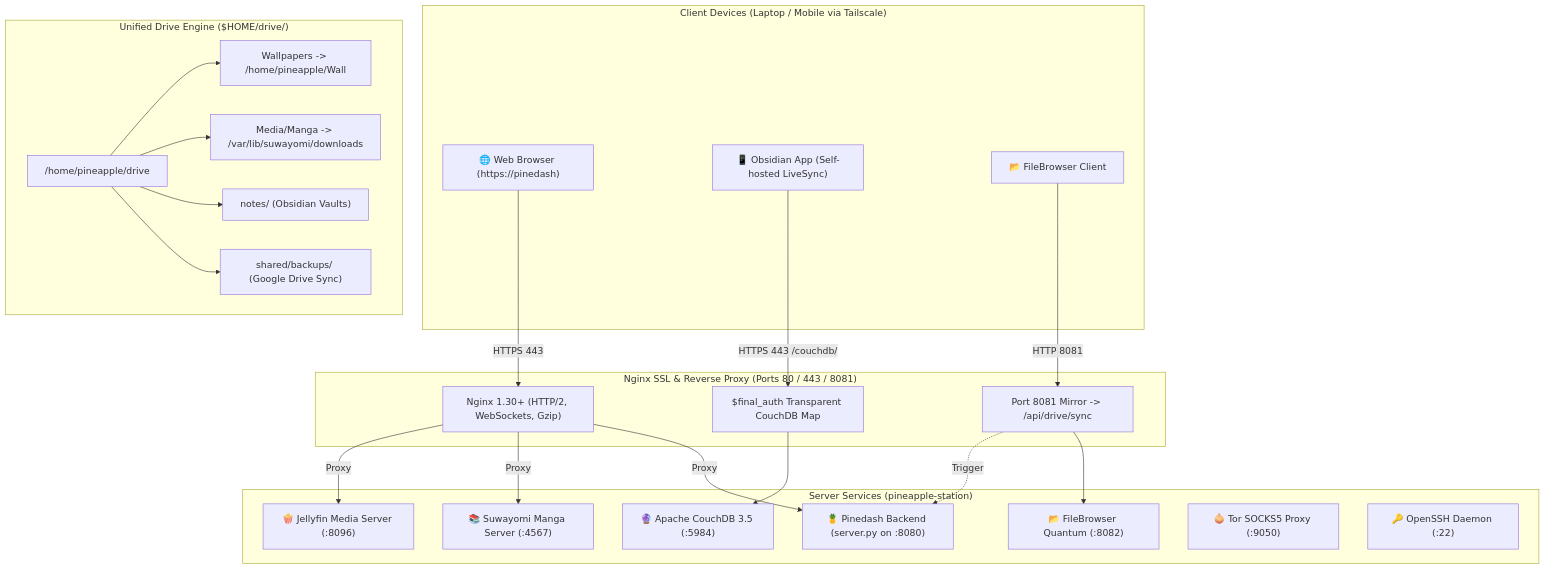
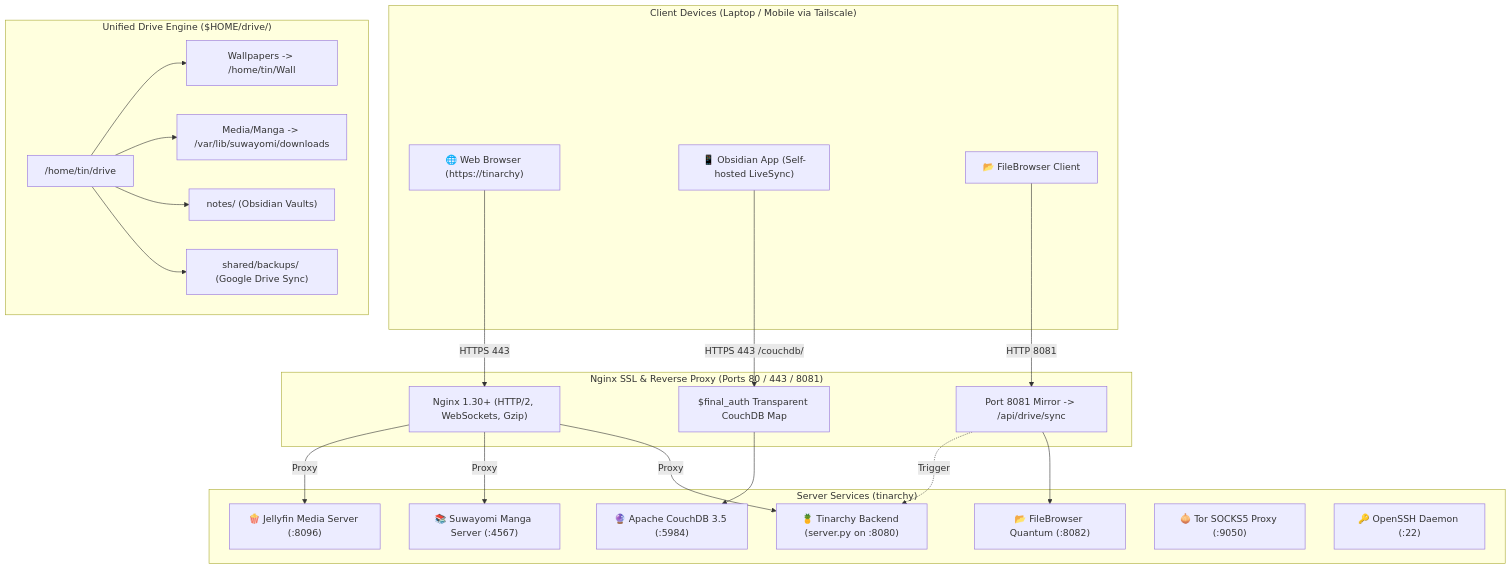
Before and after one commit to T1n777/Tinarchy: the diagram in README.md, drawn with Mermaid. The commit also changed other lines of this file and 19 other files, not shown here.

````diff
--- a/README.md
+++ b/README.md
@@ -56,46 +56,46 @@
 ```mermaid
 flowchart TD
     subgraph Client ["Client Devices (Laptop / Mobile via Tailscale)"]
-        Browser["🌐 Web Browser (https://pinedash)"]
+        Browser["🌐 Web Browser (https://tinarchy)"]
         ObsidianApp["📱 Obsidian App (Self-hosted LiveSync)"]
         FileApp["📂 FileBrowser Client"]
     end
 
     subgraph NginxProxy ["Nginx SSL & Reverse Proxy (Ports 80 / 443 / 8081)"]
         NginxCore["Nginx 1.30+ (HTTP/2, WebSockets, Gzip)"]
         AuthMap["$final_auth Transparent CouchDB Map"]
         SyncMirror["Port 8081 Mirror -> /api/drive/sync"]
     end
 
-    subgraph BackendServices ["Server Services (pineapple-station)"]
-        PyDash["🍍 Pinedash Backend (server.py on :8080)"]
+    subgraph BackendServices ["Server Services (tinarchy)"]
+        PyDash["🍍 Tinarchy Backend (server.py on :8080)"]
         CouchDB["🔮 Apache CouchDB 3.5 (:5984)"]
         FileBrowser["📂 FileBrowser Quantum (:8082)"]
         Suwayomi["📚 Suwayomi Manga Server (:4567)"]
         Jellyfin["🍿 Jellyfin Media Server (:8096)"]
         Tor["🧅 Tor SOCKS5 Proxy (:9050)"]
         SSHD["🔑 OpenSSH Daemon (:22)"]
     end
 
     subgraph Storage ["Unified Drive Engine ($HOME/drive/)"]
-        DriveRoot["/home/pineapple/drive"]
-        Wallpapers["Wallpapers -> /home/pineapple/Wall"]
+        DriveRoot["/home/tin/drive"]
+        Wallpapers["Wallpapers -> /home/tin/Wall"]
         Manga["Media/Manga -> /var/lib/suwayomi/downloads"]
         Notes["notes/ (Obsidian Vaults)"]
         Backups["shared/backups/ (Google Drive Sync)"]
     end
 
     Browser -->|HTTPS 443| NginxCore
     ObsidianApp -->|HTTPS 443 /couchdb/| AuthMap --> CouchDB
     FileApp -->|HTTP 8081| SyncMirror --> FileBrowser
     SyncMirror -.->|Trigger| PyDash
 
     NginxCore -->|Proxy| PyDash
     NginxCore -->|Proxy| Suwayomi
     NginxCore -->|Proxy| Jellyfin
 
     DriveRoot --> Wallpapers
     DriveRoot --> Manga
     DriveRoot --> Notes
     DriveRoot --> Backups
 ```
````
